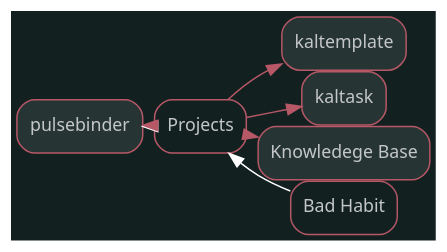
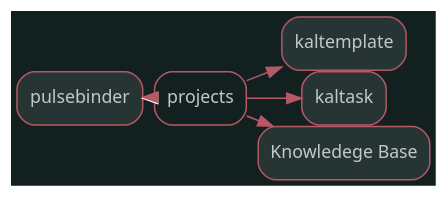
Before and after one commit to Kalelzar/Knowledge: the diagram in src/dot/pulsebinder.dot, drawn with Graphviz. The commit also changed 484 other files, not shown here.

```diff
--- a/src/dot/pulsebinder.dot
+++ b/src/dot/pulsebinder.dot
@@ -1,3 +1,3 @@
 digraph "pulsebinder" {graph [nodesep=0,ranksep=0,rankdir="LR",bgcolor="#132020"];node [shape="rectangle",style="rounded,filled",fontname="sans",fontsize="12px",labelfontname="sans",color="#b75867",fillcolor="#273434",fontcolor="#c4c7c7"];"pulsebinder" [label="pulsebinder",tooltip="pulsebinder",URL="/Knowledge/pulsebinder.html",target="_parent"];subgraph "Forward pulsebinder" {edge [color="#b75867"];}
-node [shape="rectangle",style="rounded",fontname="sans",fontsize="12px",labelfontname="sans",color="#b75867",fillcolor="#FFFFFF",fontcolor="#c4c7c7"];"Projects" [label="Projects",tooltip="Projects",URL="/Knowledge/Projects.html",target="_parent"];subgraph "Backward pulsebinder" {edge [dir="back",color="#FFFFFF"];"pulsebinder" -> "Projects";}node [shape="rectangle",style="rounded,filled",fontname="sans",fontsize="12px",labelfontname="sans",color="#b75867",fillcolor="#273434",fontcolor="#c4c7c7"];"Projects" [label="Projects",tooltip="Projects",URL="/Knowledge/Projects.html",target="_parent"];"pulsebinder" [label="pulsebinder",tooltip="pulsebinder",URL="/Knowledge/pulsebinder.html",target="_parent"];"kaltemplate" [label="kaltemplate",tooltip="kaltemplate",URL="/Knowledge/kaltemplate.html",target="_parent"];"kaltask" [label="kaltask",tooltip="kaltask",URL="/Knowledge/kaltask.html",target="_parent"];"Knowledege Base" [label="Knowledege Base",tooltip="Knowledege Base",URL="/Knowledge/Knowledege Base.html",target="_parent"];subgraph "Forward Projects" {edge [color="#b75867"];"Projects" -> "pulsebinder";"Projects" -> "kaltemplate";"Projects" -> "kaltask";"Projects" -> "Knowledege Base";}
-node [shape="rectangle",style="rounded",fontname="sans",fontsize="12px",labelfontname="sans",color="#b75867",fillcolor="#FFFFFF",fontcolor="#c4c7c7"];"Bad Habit" [label="Bad Habit",tooltip="Bad Habit",URL="/Knowledge/Bad Habit.html",target="_parent"];subgraph "Backward Projects" {edge [dir="back",color="#FFFFFF"];"Projects" -> "Bad Habit";}}
+node [shape="rectangle",style="rounded",fontname="sans",fontsize="12px",labelfontname="sans",color="#b75867",fillcolor="#FFFFFF",fontcolor="#c4c7c7"];"projects" [label="projects",tooltip="projects",URL="/Knowledge/projects.html",target="_parent"];subgraph "Backward pulsebinder" {edge [dir="back",color="#FFFFFF"];"pulsebinder" -> "projects";}node [shape="rectangle",style="rounded,filled",fontname="sans",fontsize="12px",labelfontname="sans",color="#b75867",fillcolor="#273434",fontcolor="#c4c7c7"];"projects" [label="projects",tooltip="projects",URL="/Knowledge/projects.html",target="_parent"];"pulsebinder" [label="pulsebinder",tooltip="pulsebinder",URL="/Knowledge/pulsebinder.html",target="_parent"];"kaltemplate" [label="kaltemplate",tooltip="kaltemplate",URL="/Knowledge/kaltemplate.html",target="_parent"];"kaltask" [label="kaltask",tooltip="kaltask",URL="/Knowledge/kaltask.html",target="_parent"];"Knowledege Base" [label="Knowledege Base",tooltip="Knowledege Base",URL="/Knowledge/Knowledege Base.html",target="_parent"];subgraph "Forward projects" {edge [color="#b75867"];"projects" -> "pulsebinder";"projects" -> "kaltemplate";"projects" -> "kaltask";"projects" -> "Knowledege Base";}
+node [shape="rectangle",style="rounded",fontname="sans",fontsize="12px",labelfontname="sans",color="#b75867",fillcolor="#FFFFFF",fontcolor="#c4c7c7"];subgraph "Backward projects" {edge [dir="back",color="#FFFFFF"];}}
```
